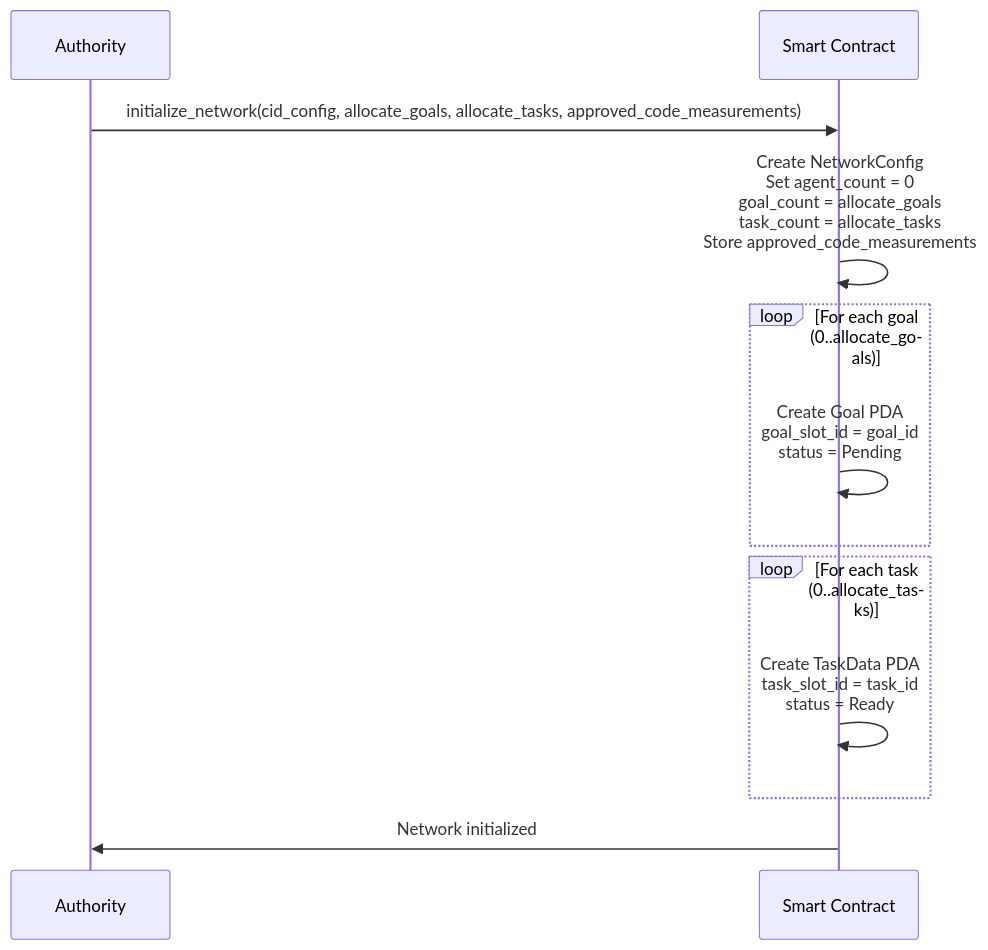
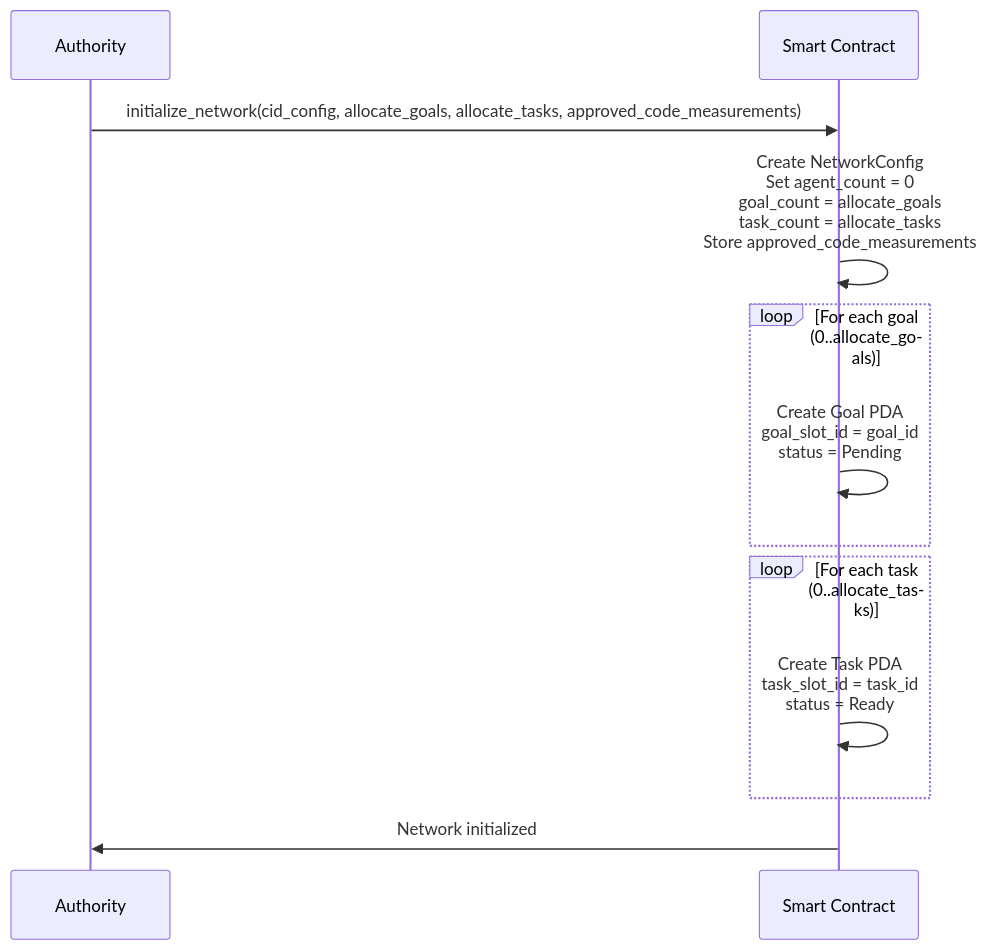
The first of 12 diagrams in docs/design.md (JorgeCosta87/decentralized-autonomous-computing), drawn with Mermaid before and after one commit. The commit also changed other lines of this file and 3 other files, not shown here.

````diff
--- a/docs/design.md
+++ b/docs/design.md
@@ -131,18 +131,18 @@
 ```mermaid
 sequenceDiagram
     participant Auth as Authority
     participant DAC as Smart Contract
     
     Auth->>DAC: initialize_network(cid_config, allocate_goals, allocate_tasks, approved_code_measurements)
     DAC->>DAC: Create NetworkConfig<br/>Set agent_count = 0<br/>goal_count = allocate_goals<br/>task_count = allocate_tasks<br/>Store approved_code_measurements
     
     loop For each goal (0..allocate_goals)
         DAC->>DAC: Create Goal PDA<br/>goal_slot_id = goal_id<br/>status = Pending
     end
     
     loop For each task (0..allocate_tasks)
-        DAC->>DAC: Create TaskData PDA<br/>task_slot_id = task_id<br/>status = Ready
+        DAC->>DAC: Create Task PDA<br/>task_slot_id = task_id<br/>status = Ready
     end
     
     DAC->>Auth: Network initialized
 ```
````
